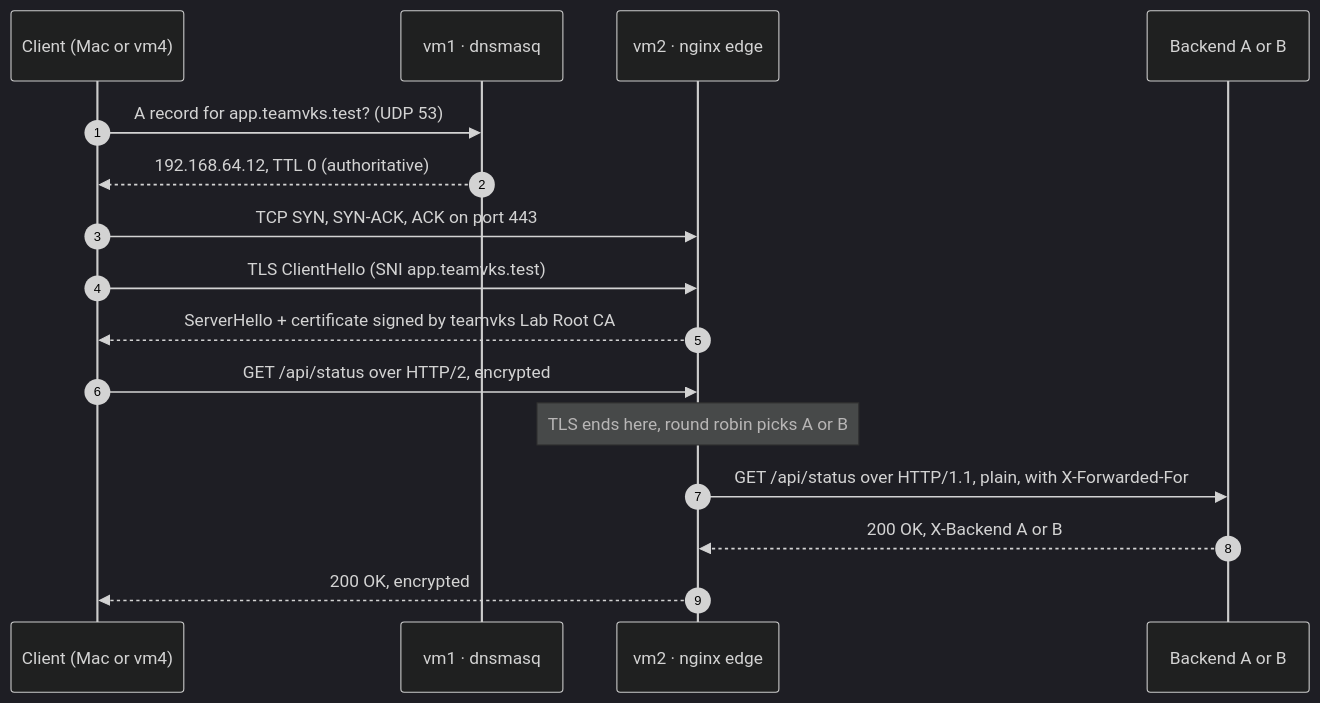
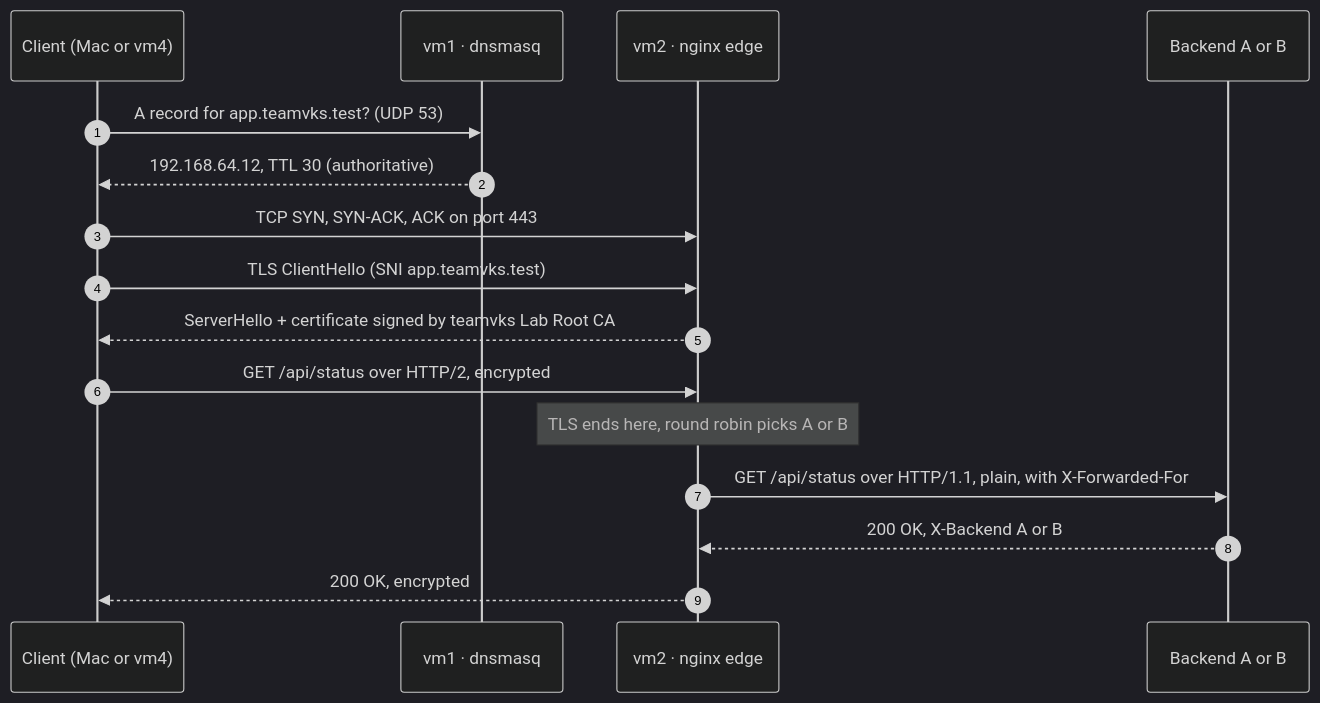
The second of 2 diagrams in README.md (vks-g/cn-private-network-platform), drawn with Mermaid (dark theme) before and after one commit. The commit also changed other lines of this file and 7 other files, not shown here.

Commit message:
docs(phase2): final report, troubleshooting runbook, architecture update, evidence index, README Phase 2 section

````diff
--- a/README.md
+++ b/README.md
@@ -63,18 +64,18 @@
 ```mermaid
 sequenceDiagram
     autonumber
     participant C as Client (Mac or vm4)
     participant D as vm1 · dnsmasq
     participant E as vm2 · nginx edge
     participant B as Backend A or B
     C->>D: A record for app.teamvks.test? (UDP 53)
-    D-->>C: 192.168.64.12, TTL 0 (authoritative)
+    D-->>C: 192.168.64.12, TTL 30 (authoritative)
     C->>E: TCP SYN, SYN-ACK, ACK on port 443
     C->>E: TLS ClientHello (SNI app.teamvks.test)
     E-->>C: ServerHello + certificate signed by teamvks Lab Root CA
     C->>E: GET /api/status over HTTP/2, encrypted
     Note over E: TLS ends here, round robin picks A or B
     E->>B: GET /api/status over HTTP/1.1, plain, with X-Forwarded-For
     B-->>E: 200 OK, X-Backend A or B
     E-->>C: 200 OK, encrypted
 ```
````
